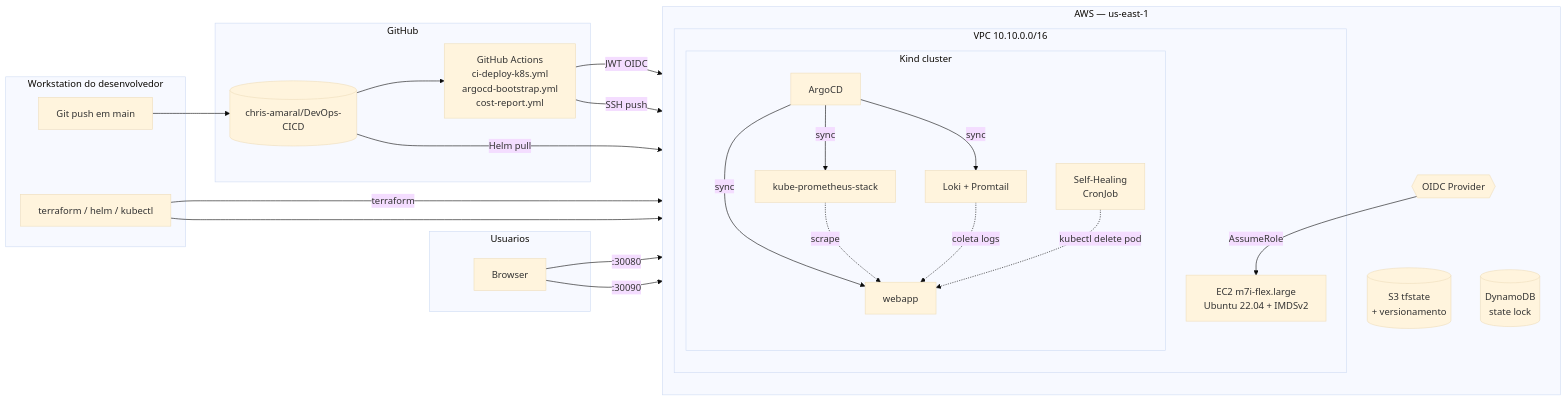
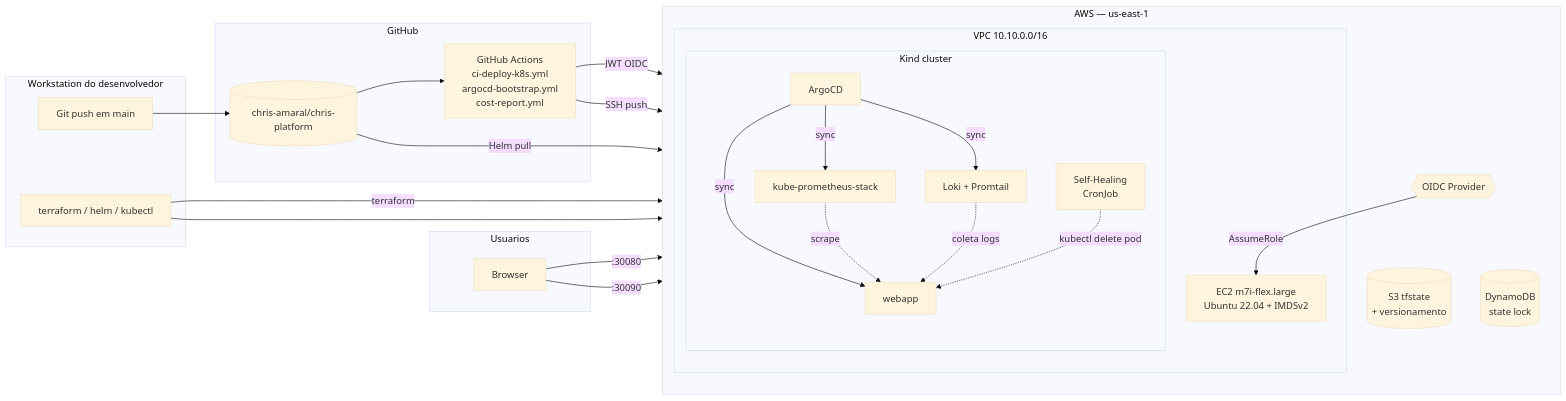
One commit to chris-amaral/chris-platform changed the first of 4 diagrams in docs/architecture.md. Above: the diagram before and after it, drawn with Mermaid (base theme). The commit also changed 11 other files, not shown here.

First line of the commit message:
refactor: alinhar referencias internas para chris-platform

````diff
--- a/docs/architecture.md
+++ b/docs/architecture.md
@@ -9,51 +9,51 @@
 ```mermaid
 flowchart LR
   subgraph DEV["Workstation do desenvolvedor"]
     GIT[Git push em main]
     CLI[terraform / helm / kubectl]
   end
 
   subgraph GH["GitHub"]
-    REPO[(chris-amaral/DevOps-CICD)]
+    REPO[(chris-amaral/chris-platform)]
     ACT["GitHub Actions<br/>ci-deploy-k8s.yml<br/>argocd-bootstrap.yml<br/>cost-report.yml"]
   end
 
   subgraph AWS["AWS — us-east-1"]
     direction TB
     OIDC{{OIDC Provider}}
     S3[(S3 tfstate<br/>+ versionamento)]
     DDB[(DynamoDB<br/>state lock)]
 
     subgraph VPC["VPC 10.10.0.0/16"]
       EC2[EC2 m7i-flex.large<br/>Ubuntu 22.04 + IMDSv2]
       subgraph KIND["Kind cluster"]
         ARGO[ArgoCD]
         APP[webapp]
         SH[Self-Healing<br/>CronJob]
         PROM[kube-prometheus-stack]
         LOKI[Loki + Promtail]
       end
     end
   end
 
   subgraph USR["Usuarios"]
     BROWSER[Browser]
   end
 
   GIT --> REPO
   REPO --> ACT
   ACT -->|JWT OIDC| OIDC
   OIDC -->|AssumeRole| EC2
   ACT -->|SSH push| EC2
   REPO -->|Helm pull| ARGO
   ARGO -->|sync| APP
   ARGO -->|sync| PROM
   ARGO -->|sync| LOKI
   CLI -->|terraform| S3
   CLI --> DDB
   BROWSER -->|:30080| ARGO
   BROWSER -->|:30090| PROM
   PROM -.->|scrape| APP
   LOKI -.->|coleta logs| APP
   SH -.->|kubectl delete pod| APP
 ```
````
